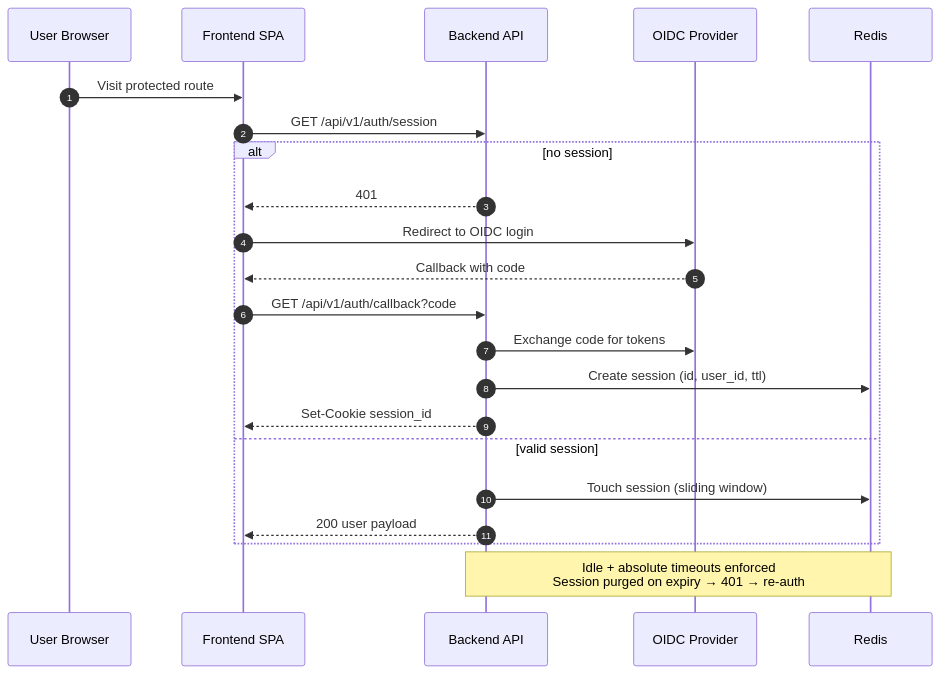
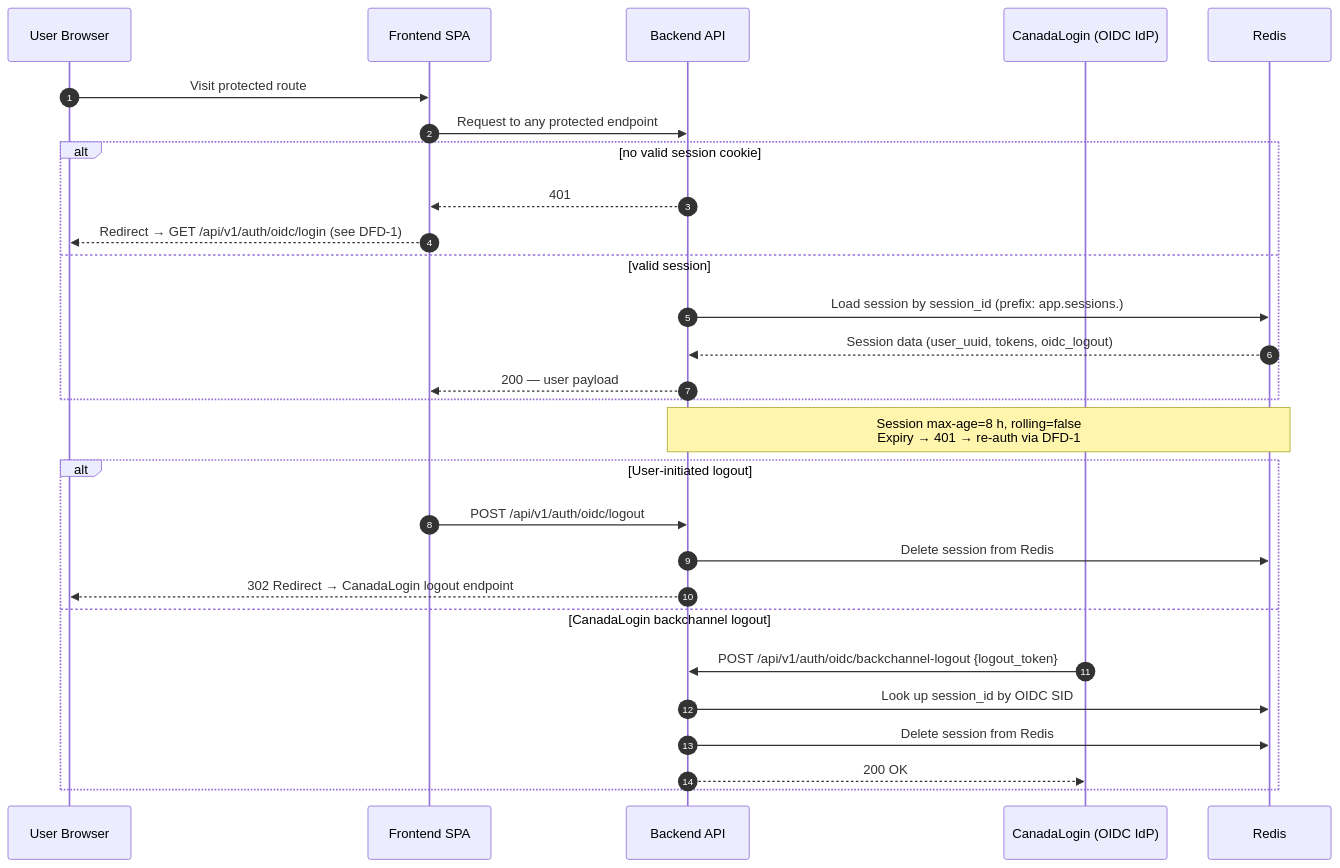
One commit to cds-snc/canadalogin-partner-portal changed diagram 12 of 13 in docs/plans/partner-portal-mvp-data-flows.md. Above: the diagram before and after it, drawn with Mermaid. The commit also changed other lines of this file and 1 other file, not shown here.

Commit message:
mvp architecture doc update (#93)

````diff
--- a/docs/plans/partner-portal-mvp-data-flows.md
+++ b/docs/plans/partner-portal-mvp-data-flows.md
@@ -293,26 +340,33 @@
 ```mermaid
 sequenceDiagram
     autonumber
     participant U as User Browser
     participant FE as Frontend SPA
     participant BE as Backend API
-    participant O as OIDC Provider
+    participant CL as CanadaLogin (OIDC IdP)
     participant R as Redis
 
     U->>FE: Visit protected route
-    FE->>BE: GET /api/v1/auth/session
-    alt no session
+    FE->>BE: Request to any protected endpoint
+    alt no valid session cookie
         BE-->>FE: 401
-        FE->>O: Redirect to OIDC login
-        O-->>FE: Callback with code
-        FE->>BE: GET /api/v1/auth/callback?code
-        BE->>O: Exchange code for tokens
-        BE->>R: Create session (id, user_id, ttl)
-        BE-->>FE: Set-Cookie session_id
+        FE-->>U: Redirect → GET /api/v1/auth/oidc/login (see DFD-1)
     else valid session
-        BE->>R: Touch session (sliding window)
-        BE-->>FE: 200 user payload
+        BE->>R: Load session by session_id (prefix: app.sessions.)
+        R-->>BE: Session data (user_uuid, tokens, oidc_logout)
+        BE-->>FE: 200 — user payload
     end
 
-    Note over BE,R: Idle + absolute timeouts enforced<br/>Session purged on expiry → 401 → re-auth
+    Note over BE,R: Session max-age=8 h, rolling=false<br/>Expiry → 401 → re-auth via DFD-1
+
+    alt User-initiated logout
+        FE->>BE: POST /api/v1/auth/oidc/logout
+        BE->>R: Delete session from Redis
+        BE-->>U: 302 Redirect → CanadaLogin logout endpoint
+    else CanadaLogin backchannel logout
+        CL->>BE: POST /api/v1/auth/oidc/backchannel-logout {logout_token}
+        BE->>R: Look up session_id by OIDC SID
+        BE->>R: Delete session from Redis
+        BE-->>CL: 200 OK
+    end
 ```
````
